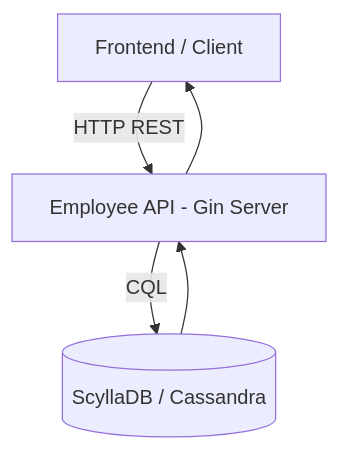
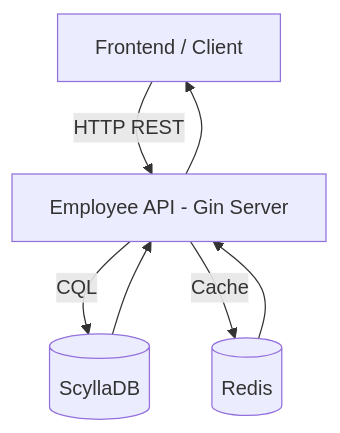
The diagram in EMPREADME.md (SyedRehanAli25/Rehan-Repository-1), drawn with Mermaid before and after one commit. The commit also changed other lines of this file, not shown here.

First line of the commit message:
Employee API documentation

````diff
--- a/EMPREADME.md
+++ b/EMPREADME.md
@@ -67,7 +63,9 @@
 ```mermaid
 flowchart TD
     FE[Frontend / Client] -->|HTTP REST| API[Employee API - Gin Server]
-    API -->|CQL| DB[(ScyllaDB / Cassandra)]
+    API -->|CQL| DB[(ScyllaDB)]
+    API -->|Cache| REDIS[(Redis)]
     DB --> API
+    REDIS --> API
     API --> FE
 ```
````
